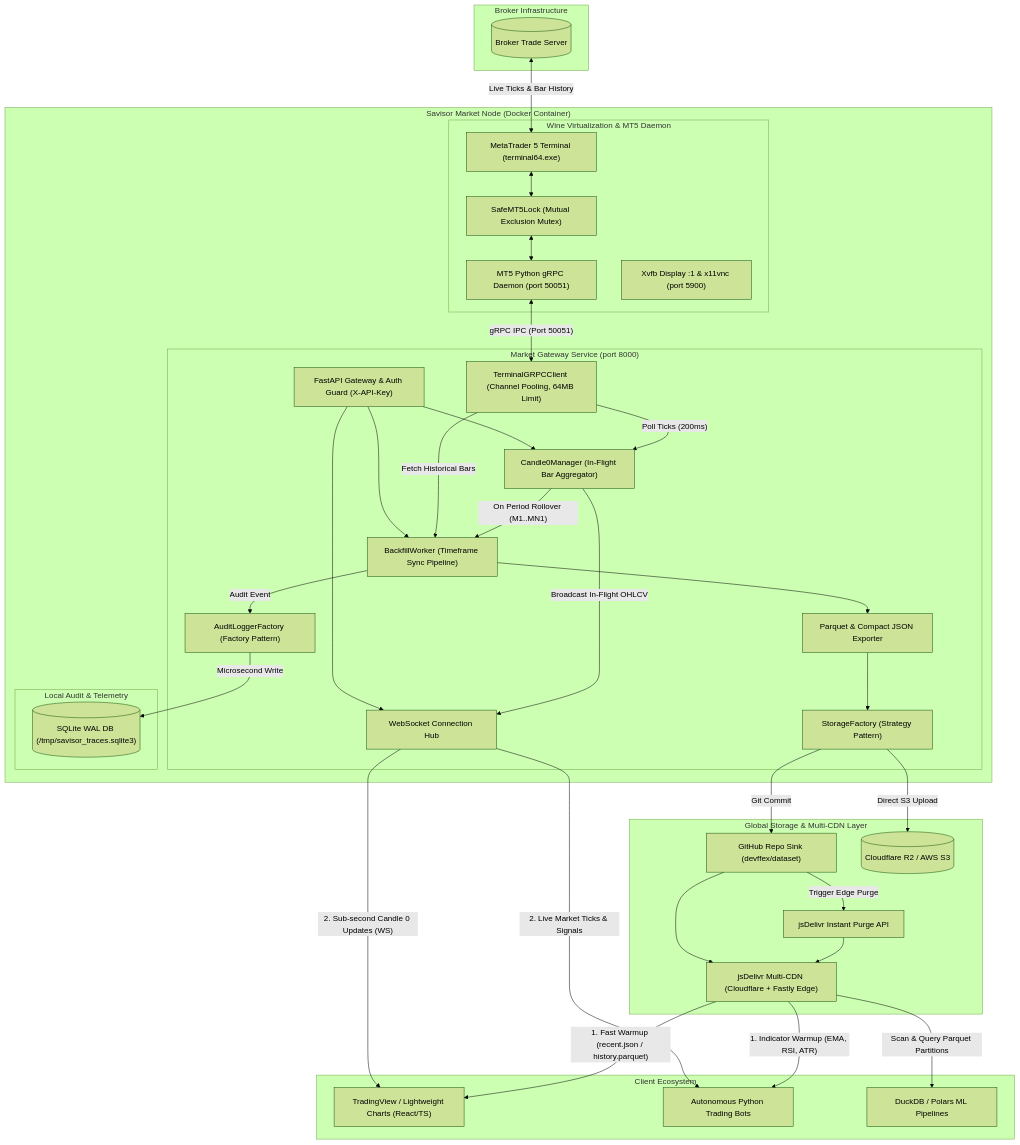
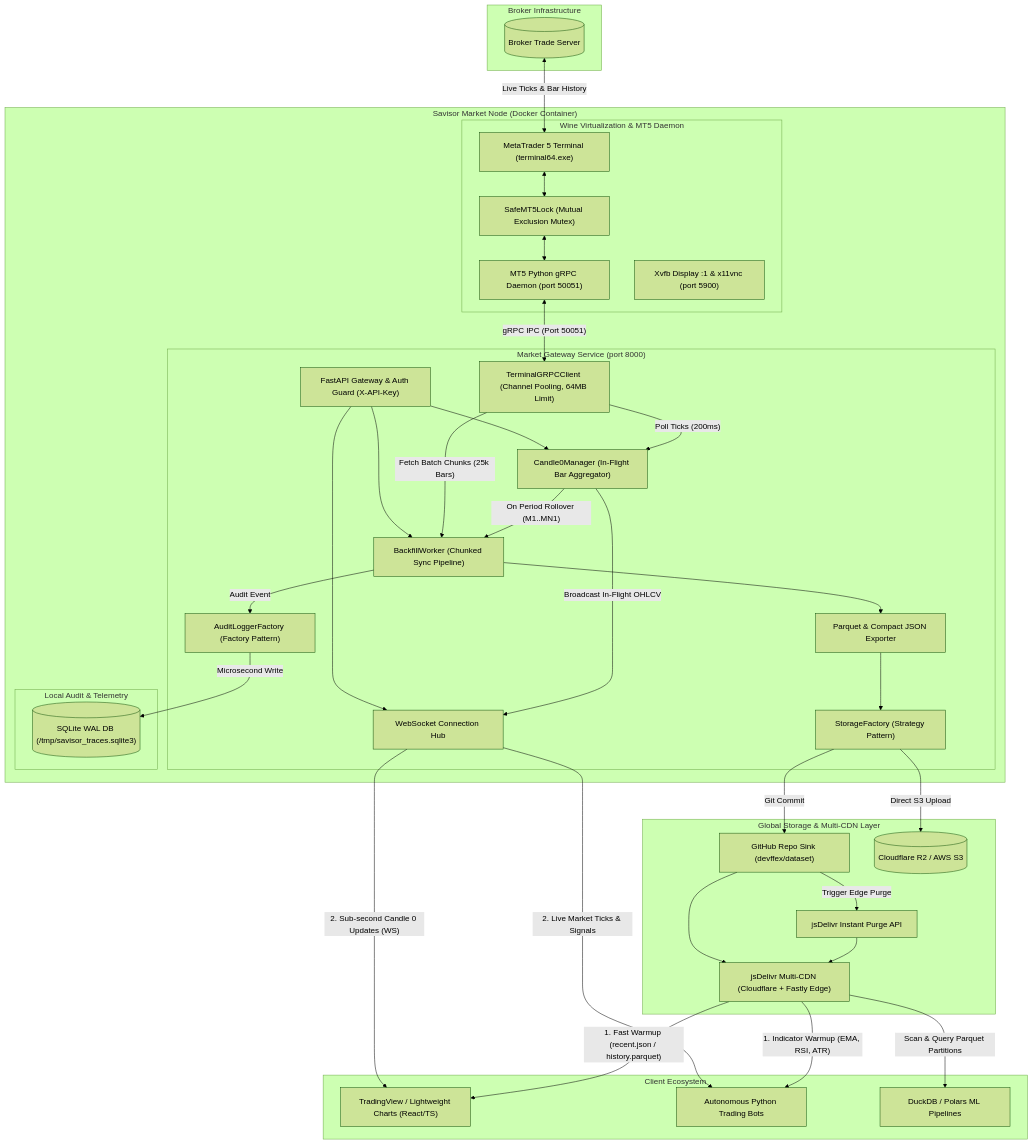
One commit to devffex/MetaBridge5 changed the diagram in apps/market-gateway/README.md. Above: the diagram before and after it, drawn with Mermaid (forest theme). The commit also changed other lines of this file and 2 other files, not shown here.

Commit message:
feat: batch chunking (100k+ candles), ISO date range backfills, sanitized handbook secrets, and plain-English probe guides

````diff
--- a/apps/market-gateway/README.md
+++ b/apps/market-gateway/README.md
@@ -28,79 +29,79 @@
 ```mermaid
 flowchart TD
     subgraph Broker ["Broker Infrastructure"]
         TradeServer[("Broker Trade Server")]
     end
 
     subgraph ContainerNode ["Savisor Market Node (Docker Container)"]
         subgraph VirtualizationLayer ["Wine Virtualization & MT5 Daemon"]
             MT5Terminal["MetaTrader 5 Terminal (terminal64.exe)"]
             SafeLock["SafeMT5Lock (Mutual Exclusion Mutex)"]
             GRPCDaemon["MT5 Python gRPC Daemon (port 50051)"]
             XvfbDisplay["Xvfb Display :1 & x11vnc (port 5900)"]
         end
 
         subgraph GatewayLayer ["Market Gateway Service (port 8000)"]
             FastAPIServer["FastAPI Gateway & Auth Guard (X-API-Key)"]
             GRPCClient["TerminalGRPCClient (Channel Pooling, 64MB Limit)"]
             Candle0Engine["Candle0Manager (In-Flight Bar Aggregator)"]
-            PipelineWorker["BackfillWorker (Timeframe Sync Pipeline)"]
+            PipelineWorker["BackfillWorker (Chunked Sync Pipeline)"]
             ParquetExporter["Parquet & Compact JSON Exporter"]
             StorageFactory["StorageFactory (Strategy Pattern)"]
             AuditFactory["AuditLoggerFactory (Factory Pattern)"]
             WebSocketHub["WebSocket Connection Hub"]
         end
 
         subgraph LocalTelemetry ["Local Audit & Telemetry"]
             SQLiteWAL[("SQLite WAL DB (/tmp/savisor_traces.sqlite3)")]
         end
     end
 
     subgraph StorageLayer ["Global Storage & Multi-CDN Layer"]
         GitHubSink["GitHub Repo Sink (devffex/dataset)"]
         PurgeAPI["jsDelivr Instant Purge API"]
         JSDelivrCDN["jsDelivr Multi-CDN (Cloudflare + Fastly Edge)"]
         S3Storage[("Cloudflare R2 / AWS S3")]
     end
 
     subgraph Consumers ["Client Ecosystem"]
         ReactCharts["TradingView / Lightweight Charts (React/TS)"]
         TradingBots["Autonomous Python Trading Bots"]
         MLPipelines["DuckDB / Polars ML Pipelines"]
     end
 
     %% Internal Data Flow
     TradeServer <-->|"Live Ticks & Bar History"| MT5Terminal
     MT5Terminal <--> SafeLock
     SafeLock <--> GRPCDaemon
     GRPCDaemon <-->|"gRPC IPC (Port 50051)"| GRPCClient
 
     GRPCClient -->|"Poll Ticks (200ms)"| Candle0Engine
     Candle0Engine -->|"Broadcast In-Flight OHLCV"| WebSocketHub
     Candle0Engine -->|"On Period Rollover (M1..MN1)"| PipelineWorker
 
-    GRPCClient -->|"Fetch Historical Bars"| PipelineWorker
+    GRPCClient -->|"Fetch Batch Chunks (25k Bars)"| PipelineWorker
     PipelineWorker --> ParquetExporter
     ParquetExporter --> StorageFactory
 
     StorageFactory -->|"Git Commit"| GitHubSink
     StorageFactory -->|"Direct S3 Upload"| S3Storage
     GitHubSink -->|"Trigger Edge Purge"| PurgeAPI
     PurgeAPI --> JSDelivrCDN
     GitHubSink --> JSDelivrCDN
 
     PipelineWorker -->|"Audit Event"| AuditFactory
     AuditFactory -->|"Microsecond Write"| SQLiteWAL
 
     FastAPIServer --> WebSocketHub
     FastAPIServer --> Candle0Engine
     FastAPIServer --> PipelineWorker
 
     %% Client Consumption Patterns
     JSDelivrCDN -->|"1. Fast Warmup (recent.json / history.parquet)"| ReactCharts
     WebSocketHub -->|"2. Sub-second Candle 0 Updates (WS)"| ReactCharts
 
     JSDelivrCDN -->|"1. Indicator Warmup (EMA, RSI, ATR)"| TradingBots
     WebSocketHub -->|"2. Live Market Ticks & Signals"| TradingBots
 
     JSDelivrCDN -->|"Scan & Query Parquet Partitions"| MLPipelines
 ```
````
